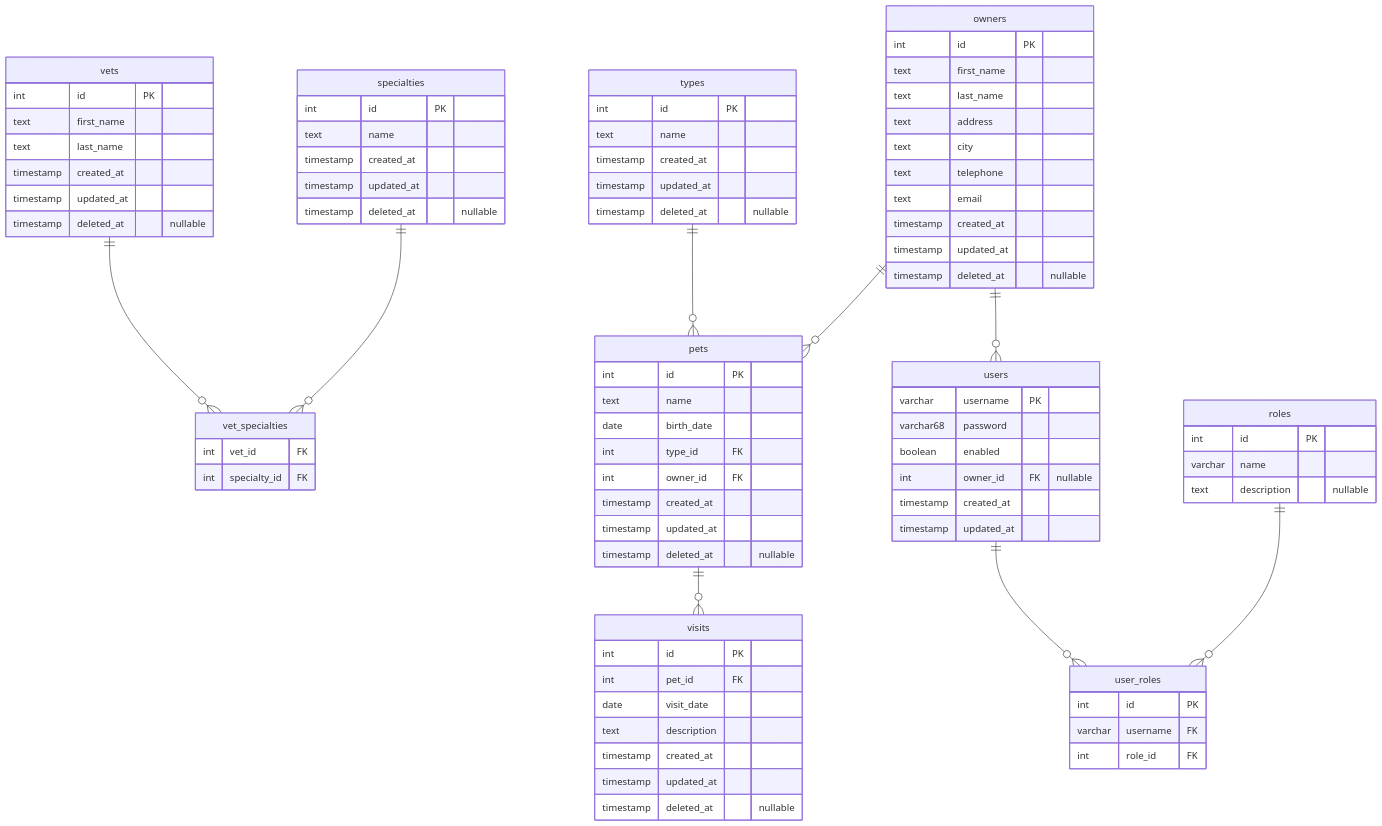
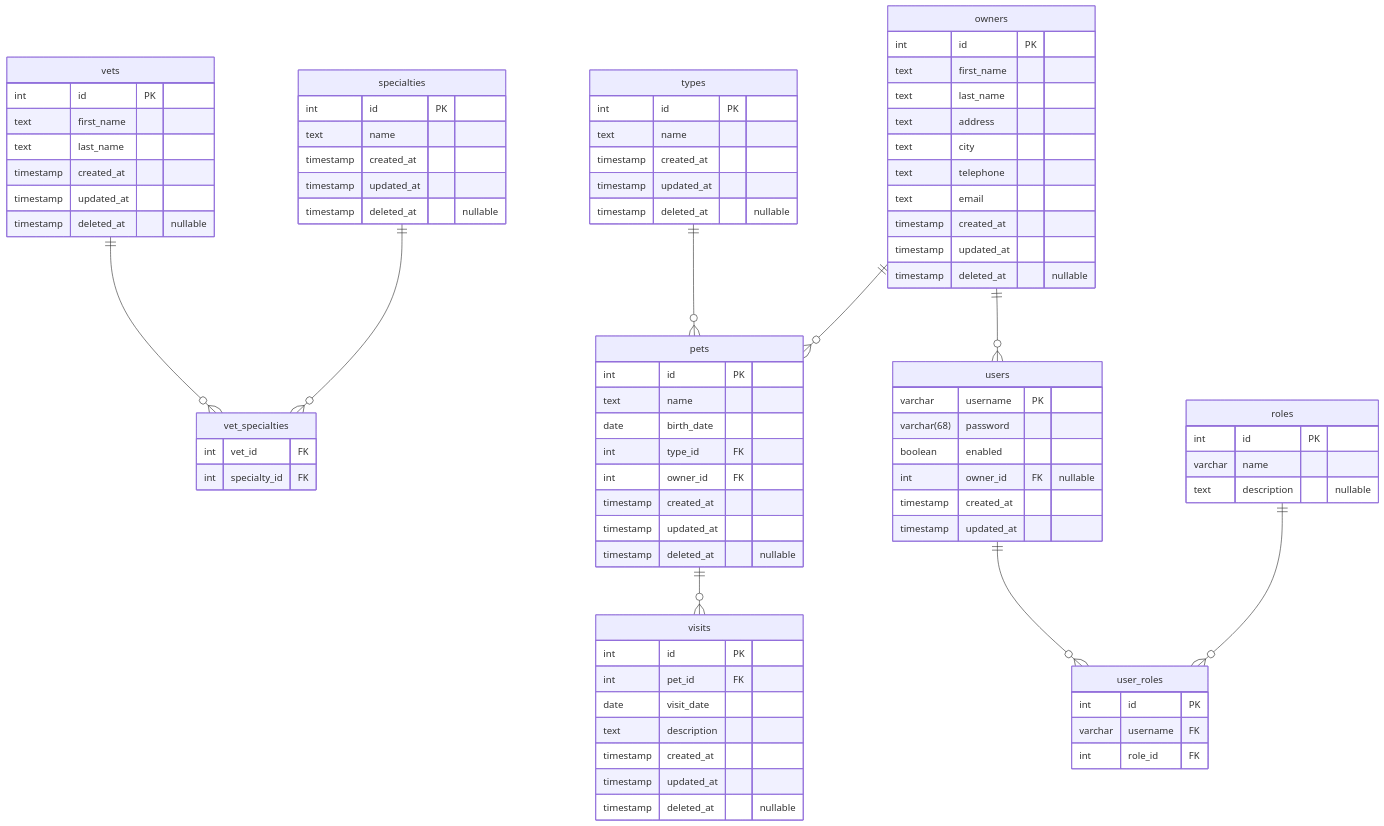
The diagram in README.md (franBec/petclinic), drawn with Mermaid before and after one commit. The commit also changed other lines of this file and 1 other file, not shown here.

```diff
--- a/README.md
+++ b/README.md
@@ -144,7 +141,7 @@
 
     users {
         varchar username PK
-        varchar68 password
+        varchar(68) password
         boolean enabled
         int owner_id FK "nullable"
         timestamp created_at
```
